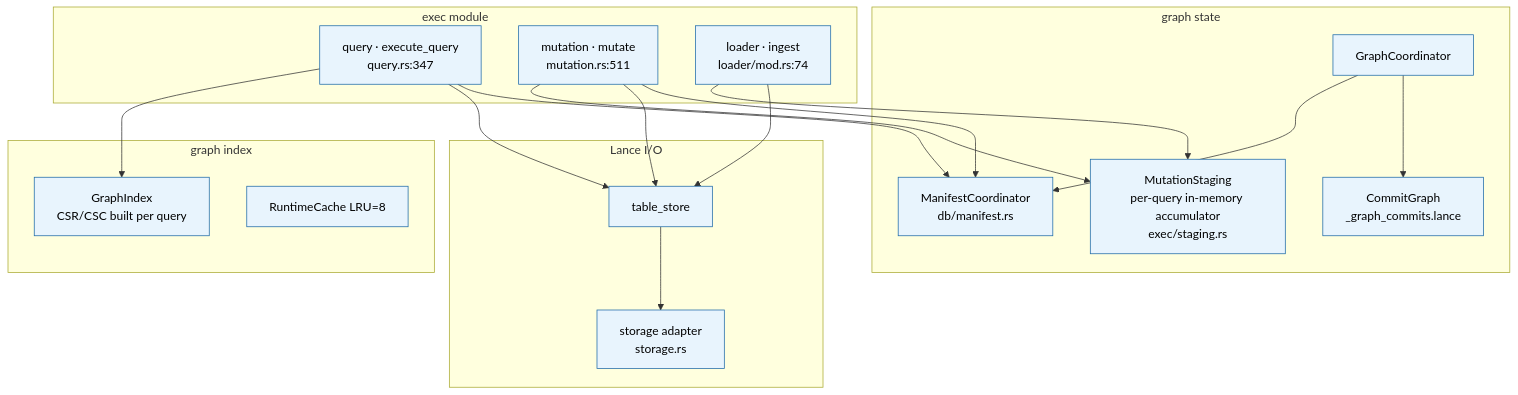
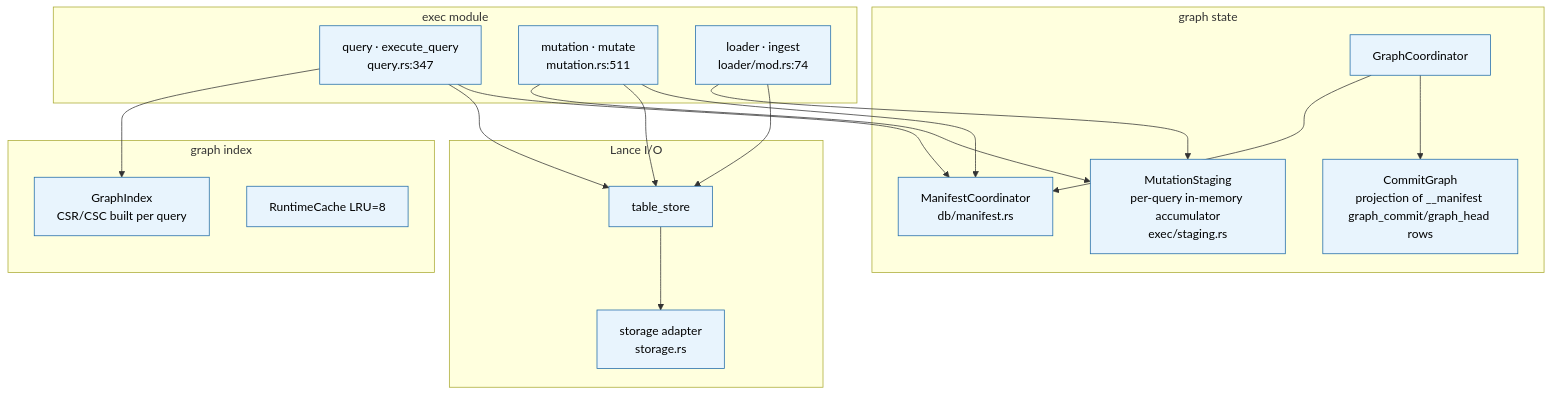
One commit to ModernRelay/omnigraph changed the fourth of 7 diagrams in docs/dev/architecture.md. Above: the diagram before and after it, drawn with Mermaid. The commit also changed 12 other files, not shown here.

````diff
--- a/docs/dev/architecture.md
+++ b/docs/dev/architecture.md
@@ -123,39 +123,39 @@
 ```mermaid
 flowchart TB
     classDef l2 fill:#e8f4fd,stroke:#1e6aa8,color:#000
 
     subgraph exec[exec module]
         eq[query · execute_query<br/>query.rs:347]:::l2
         em[mutation · mutate<br/>mutation.rs:511]:::l2
         ld[loader · ingest<br/>loader/mod.rs:74]:::l2
     end
 
     subgraph state[graph state]
         coord[GraphCoordinator]:::l2
         mr[ManifestCoordinator<br/>db/manifest.rs]:::l2
-        cg[CommitGraph<br/>_graph_commits.lance]:::l2
+        cg[CommitGraph<br/>projection of __manifest graph_commit/graph_head rows]:::l2
         stg[MutationStaging<br/>per-query in-memory accumulator<br/>exec/staging.rs]:::l2
     end
 
     subgraph idx[graph index]
         gi[GraphIndex<br/>CSR/CSC built per query]:::l2
         rc[RuntimeCache LRU=8]:::l2
     end
 
     subgraph io[Lance I/O]
         ts[table_store]:::l2
         st[storage adapter<br/>storage.rs]:::l2
     end
 
     eq --> gi
     eq --> ts
     em --> stg
     em --> ts
     ld --> stg
     ld --> ts
     eq --> mr
     em --> mr
     coord --> mr
     coord --> cg
     ts --> st
 ```
````
